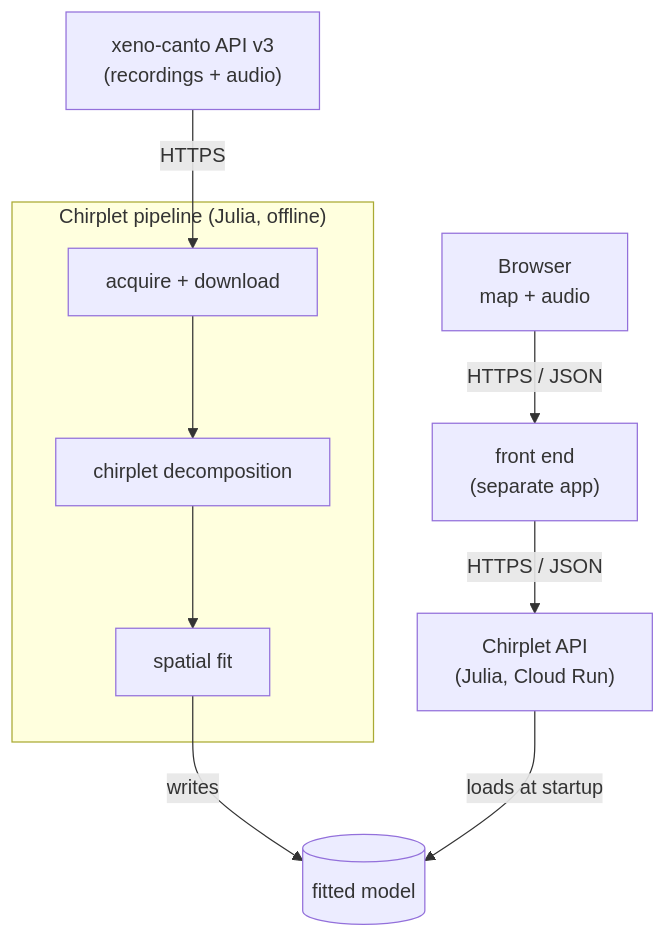
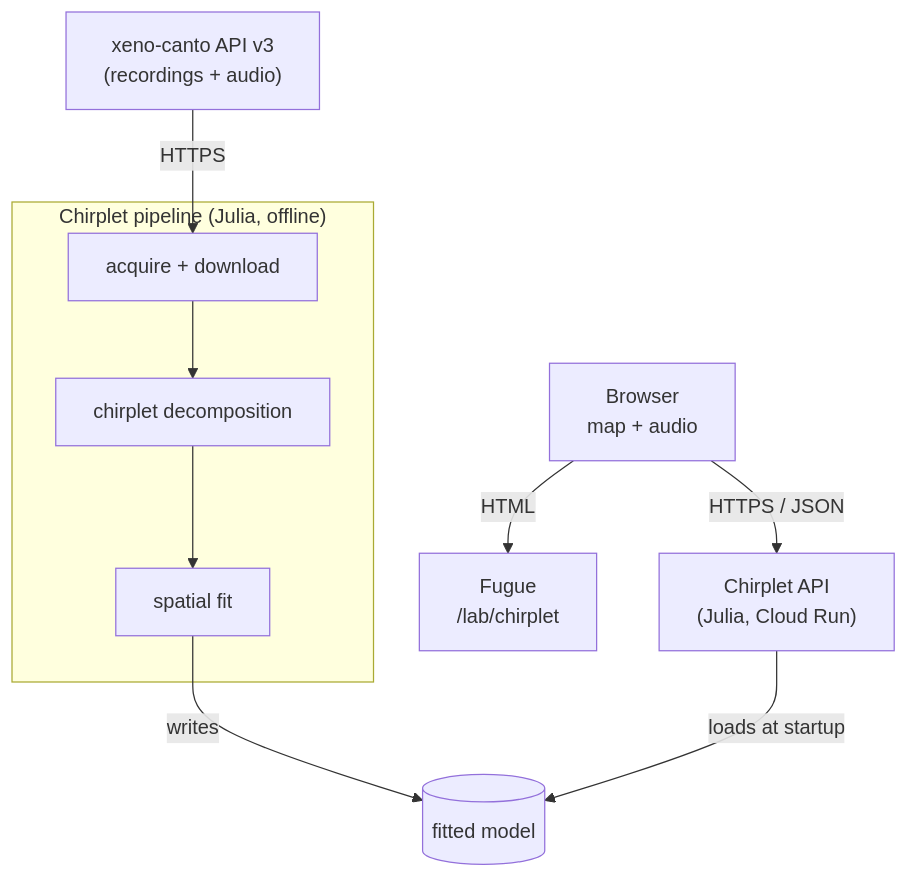
One commit to real-limoges/chirplet changed the first of 3 diagrams in docs/reference/internal/architecture.md. Above: the diagram before and after it, drawn with Mermaid. The commit also changed other lines of this file and 1 other file, not shown here.

````diff
--- a/docs/reference/internal/architecture.md
+++ b/docs/reference/internal/architecture.md
@@ -8,16 +8,16 @@
 ```mermaid
 flowchart TB
   XC["xeno-canto API v3<br/>(recordings + audio)"]
   subgraph offline["Chirplet pipeline (Julia, offline)"]
     ACQ["acquire + download"] --> DEC["chirplet decomposition"] --> FIT["spatial fit"]
   end
   MODEL[("fitted model")]
   API["Chirplet API<br/>(Julia, Cloud Run)"]
-  FE["front end<br/>(separate app)"]
+  FE["Fugue<br/>/lab/chirplet"]
   USER["Browser<br/>map + audio"]
   XC -- HTTPS --> ACQ
   FIT -- writes --> MODEL
   API -- "loads at startup" --> MODEL
-  USER -- "HTTPS / JSON" --> FE
-  FE -- "HTTPS / JSON" --> API
+  USER -- "HTML" --> FE
+  USER -- "HTTPS / JSON" --> API
 ```
````
